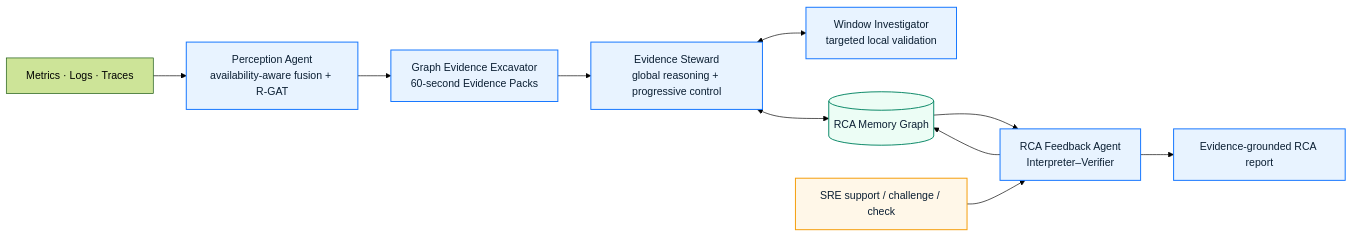
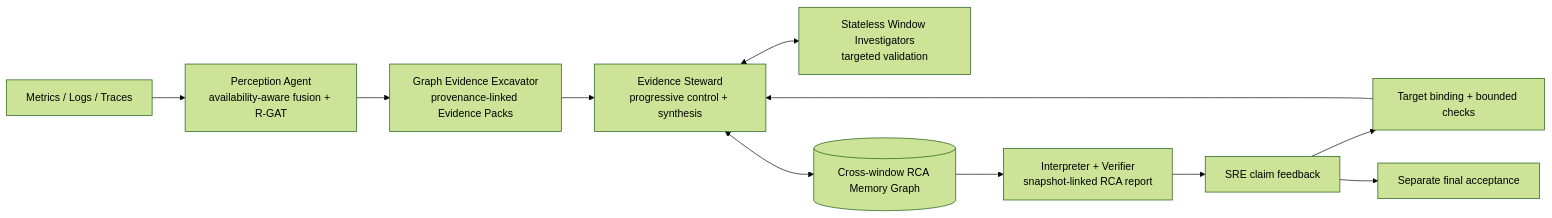
The diagram in README.md (YijenChan/Root_Teller_RCA), drawn with Mermaid (forest theme) before and after one commit. The commit also changed other lines of this file and 18 other files, not shown here.

````diff
--- a/README.md
+++ b/README.md
@@ -34,19 +72,13 @@
 ```mermaid
 flowchart LR
-    T["Metrics · Logs · Traces"] --> P["Perception Agent<br/>availability-aware fusion + R-GAT"]
-    P --> X["Graph Evidence Excavator<br/>60-second Evidence Packs"]
-    X --> S["Evidence Steward<br/>global reasoning + progressive control"]
-    S <--> W["Window Investigator<br/>targeted local validation"]
-    S <--> R[("RCA Memory Graph")]
-    R --> I["RCA Feedback Agent<br/>Interpreter–Verifier"]
-    I --> O["Evidence-grounded RCA report"]
-    H["SRE support / challenge / check"] --> I
-    I --> R
-
-    classDef core fill:#E8F3FF,stroke:#1677FF,color:#0B1F33,stroke-width:1.5px;
-    classDef memory fill:#ECFDF5,stroke:#0F8A6A,color:#0B1F33,stroke-width:1.5px;
-    classDef human fill:#FFF7E8,stroke:#F59E0B,color:#0B1F33,stroke-width:1.5px;
-    class P,X,S,W,I,O core;
-    class R memory;
-    class H human;
+    T["Metrics / Logs / Traces"] --> P["Perception Agent<br/>availability-aware fusion + R-GAT"]
+    P --> E["Graph Evidence Excavator<br/>provenance-linked Evidence Packs"]
+    E --> S["Evidence Steward<br/>progressive control + synthesis"]
+    S <--> W["Stateless Window Investigators<br/>targeted validation"]
+    S <--> M[("Cross-window RCA Memory Graph")]
+    M --> R["Interpreter + Verifier<br/>snapshot-linked RCA report"]
+    R --> H["SRE claim feedback"]
+    H --> C["Target binding + bounded checks"]
+    C --> S
+    H --> A["Separate final acceptance"]
 ```
````
